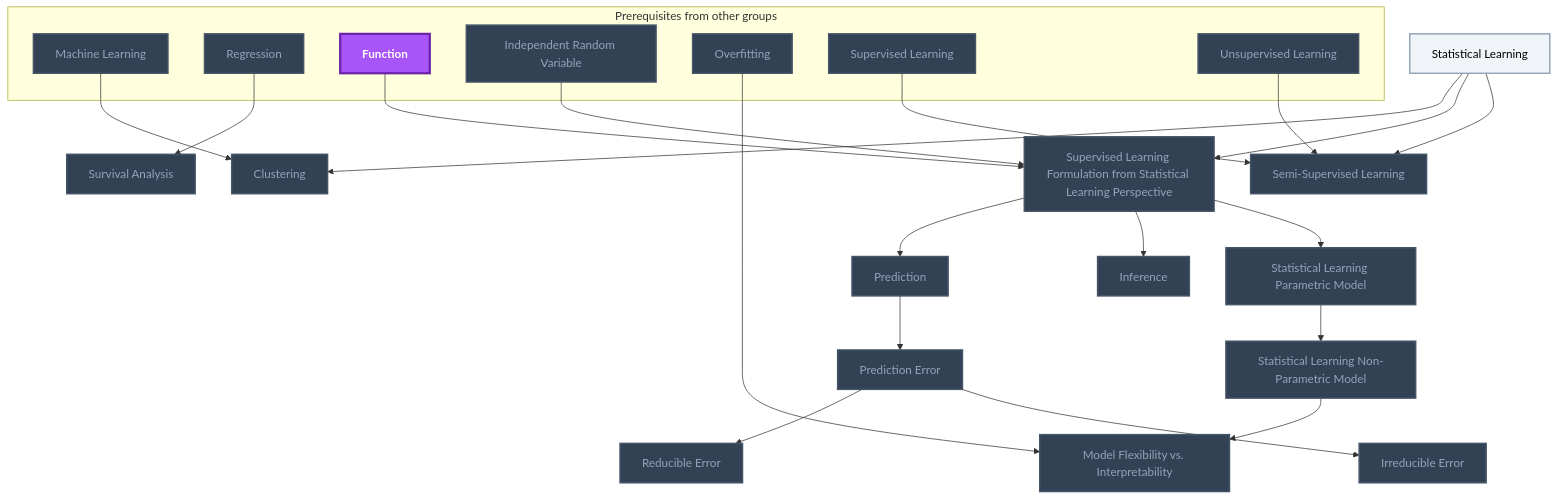
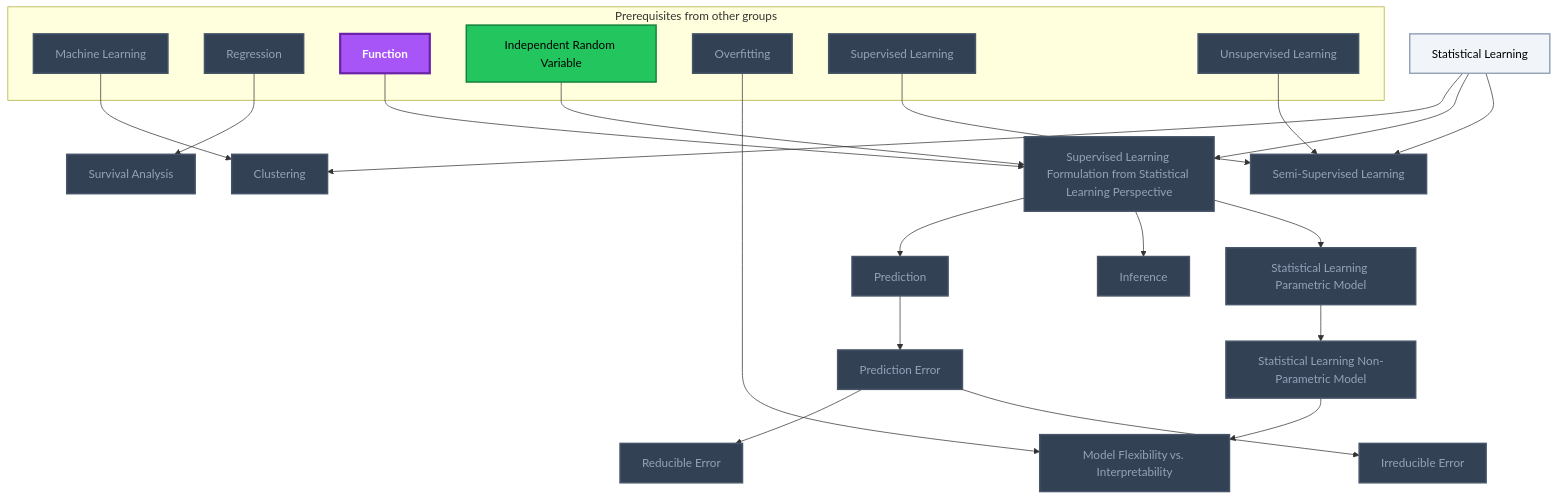
One commit to MRauf1/My-Notes changed the first of 4 diagrams in Gamification/Skill Trees/Statistical Learning.md. Above: the diagram before and after it, drawn with Mermaid. The commit also changed other lines of this file and 42 other files, not shown here.

````diff
--- a/Gamification/Skill Trees/Statistical Learning.md
+++ b/Gamification/Skill Trees/Statistical Learning.md
@@ -17,56 +17,57 @@
 ```mermaid
 flowchart TD
     classDef planned fill:#1E293B,stroke:#64748B,stroke-width:2px,stroke-dasharray:5 5,color:#94A3B8;
     classDef locked fill:#334155,stroke:#475569,stroke-width:2px,color:#94A3B8;
     classDef L0 fill:#F1F5F9,stroke:#94A3B8,stroke-width:2px,color:#000000;
     classDef L1 fill:#22C55E,stroke:#15803D,stroke-width:2px,color:#000000;
     classDef L2 fill:#3B82F6,stroke:#1D4ED8,stroke-width:3px,color:#FFFFFF;
     classDef L3 fill:#A855F7,stroke:#6B21A8,stroke-width:3px,color:#FFFFFF,font-weight:bold;
     classDef L4 fill:#F97316,stroke:#C2410C,stroke-width:4px,color:#000000,font-weight:bold;
     classDef L5 fill:#FFD700,stroke:#FF8C00,stroke-width:5px,color:#000000,font-weight:bold;
     classDef rusty stroke:#8B4513,stroke-width:4px,stroke-dasharray:3 3;
     subgraph sg_prereqs["Prerequisites from other groups"]
         n_machine_learning["Machine Learning"]
         n_regression["Regression"]
         n_function["Function"]
         n_independent_random_variable["Independent Random Variable"]
         n_overfitting["Overfitting"]
         n_supervised_learning["Supervised Learning"]
         n_unsupervised_learning["Unsupervised Learning"]
     end
     n_statistical_learning["Statistical Learning"]
     n_clustering["Clustering"]
     n_survival_analysis["Survival Analysis"]
     n_supervised_learning_formulation_from_statistical_learning_perspective["Supervised Learning Formulation from Statistical Learning Perspective"]
     n_prediction["Prediction"]
     n_prediction_error["Prediction Error"]
     n_reducible_error["Reducible Error"]
     n_irreducible_error["Irreducible Error"]
     n_inference["Inference"]
     n_statistical_learning_parametric_model["Statistical Learning Parametric Model"]
     n_statistical_learning_non_parametric_model["Statistical Learning Non-Parametric Model"]
     n_model_flexibility_vs_interpretability["Model Flexibility vs. Interpretability"]
     n_semi_supervised_learning["Semi-Supervised Learning"]
     n_machine_learning --> n_clustering
     n_statistical_learning --> n_clustering
     n_regression --> n_survival_analysis
     n_function --> n_supervised_learning_formulation_from_statistical_learning_perspective
     n_independent_random_variable --> n_supervised_learning_formulation_from_statistical_learning_perspective
     n_statistical_learning --> n_supervised_learning_formulation_from_statistical_learning_perspective
     n_supervised_learning_formulation_from_statistical_learning_perspective --> n_prediction
     n_prediction --> n_prediction_error
     n_prediction_error --> n_reducible_error
     n_prediction_error --> n_irreducible_error
     n_supervised_learning_formulation_from_statistical_learning_perspective --> n_inference
     n_supervised_learning_formulation_from_statistical_learning_perspective --> n_statistical_learning_parametric_model
     n_statistical_learning_parametric_model --> n_statistical_learning_non_parametric_model
     n_overfitting --> n_model_flexibility_vs_interpretability
     n_statistical_learning_non_parametric_model --> n_model_flexibility_vs_interpretability
     n_supervised_learning --> n_semi_supervised_learning
     n_unsupervised_learning --> n_semi_supervised_learning
     n_statistical_learning --> n_semi_supervised_learning
-    class n_machine_learning,n_regression,n_independent_random_variable,n_overfitting,n_supervised_learning,n_unsupervised_learning,n_clustering,n_survival_analysis,n_supervised_learning_formulation_from_statistical_learning_perspective,n_prediction,n_prediction_error,n_reducible_error,n_irreducible_error,n_inference,n_statistical_learning_parametric_model,n_statistical_learning_non_parametric_model,n_model_flexibility_vs_interpretability,n_semi_supervised_learning locked;
+    class n_machine_learning,n_regression,n_overfitting,n_supervised_learning,n_unsupervised_learning,n_clustering,n_survival_analysis,n_supervised_learning_formulation_from_statistical_learning_perspective,n_prediction,n_prediction_error,n_reducible_error,n_irreducible_error,n_inference,n_statistical_learning_parametric_model,n_statistical_learning_non_parametric_model,n_model_flexibility_vs_interpretability,n_semi_supervised_learning locked;
     class n_statistical_learning L0;
+    class n_independent_random_variable L1;
     class n_function L3;
     class n_machine_learning,n_regression,n_function,n_independent_random_variable,n_overfitting,n_supervised_learning,n_unsupervised_learning,n_statistical_learning,n_clustering,n_survival_analysis,n_supervised_learning_formulation_from_statistical_learning_perspective,n_prediction,n_prediction_error,n_reducible_error,n_irreducible_error,n_inference,n_statistical_learning_parametric_model,n_statistical_learning_non_parametric_model,n_model_flexibility_vs_interpretability,n_semi_supervised_learning internal-link;
 ```
````
